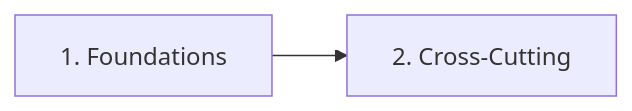
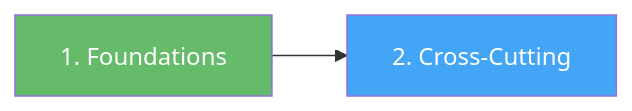
One commit to Gengsu07/GengsuWiki changed the first of 2 diagrams in wiki/_learning-path.md. Above: the diagram before and after it, drawn with Mermaid. The commit also changed other lines of this file and 6 other files, not shown here.

````diff
--- a/wiki/_learning-path.md
+++ b/wiki/_learning-path.md
@@ -19,7 +29,10 @@
 ```mermaid
 graph LR
     F["1. Foundations"] --> CC["2. Cross-Cutting"]
 
     click F "concept/foundations/_learning-path.md" "Open Foundations learning path"
     click CC "concept/cross-cutting/_learning-path.md" "Open Cross-Cutting learning path"
+
+    style F fill:#66bb6a,color:#fff
+    style CC fill:#42a5f5,color:#fff
 ```
````
